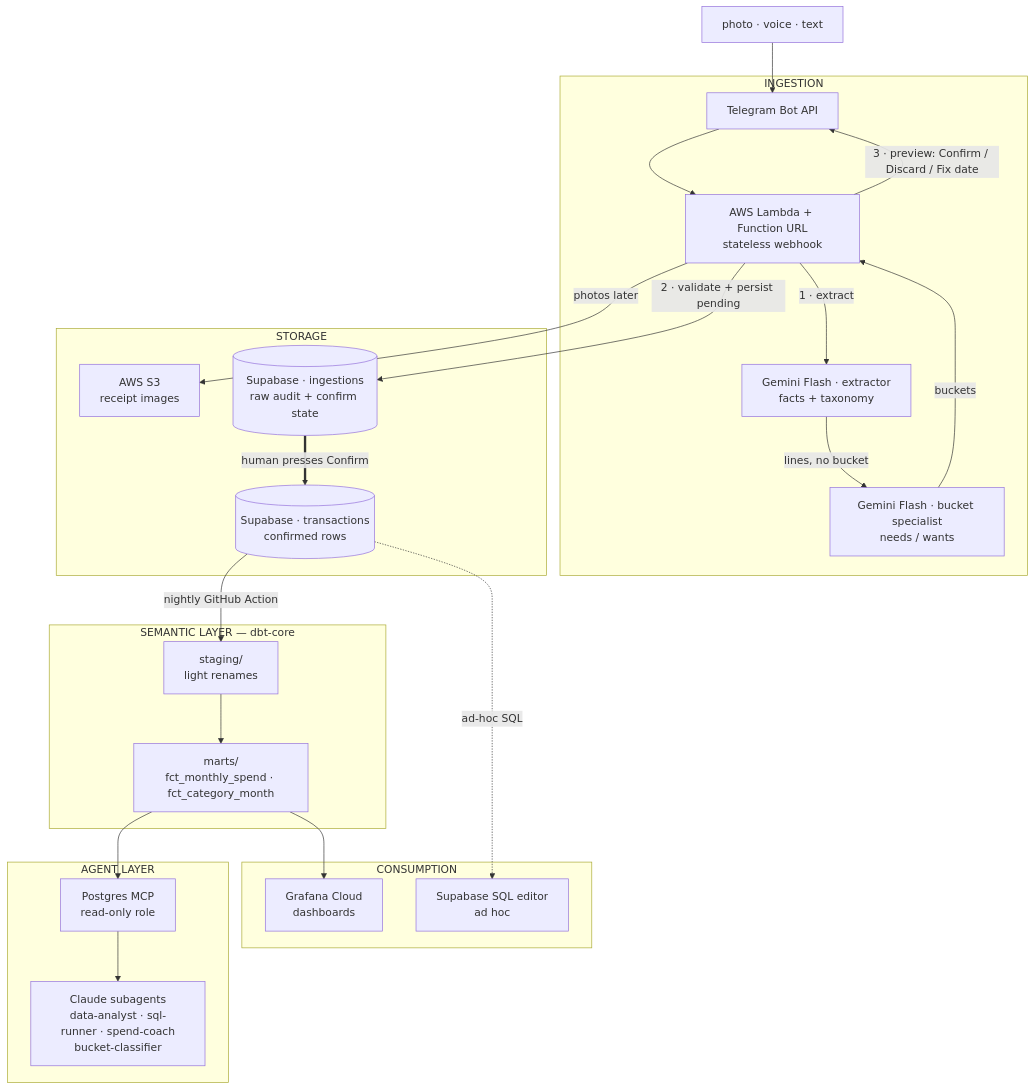
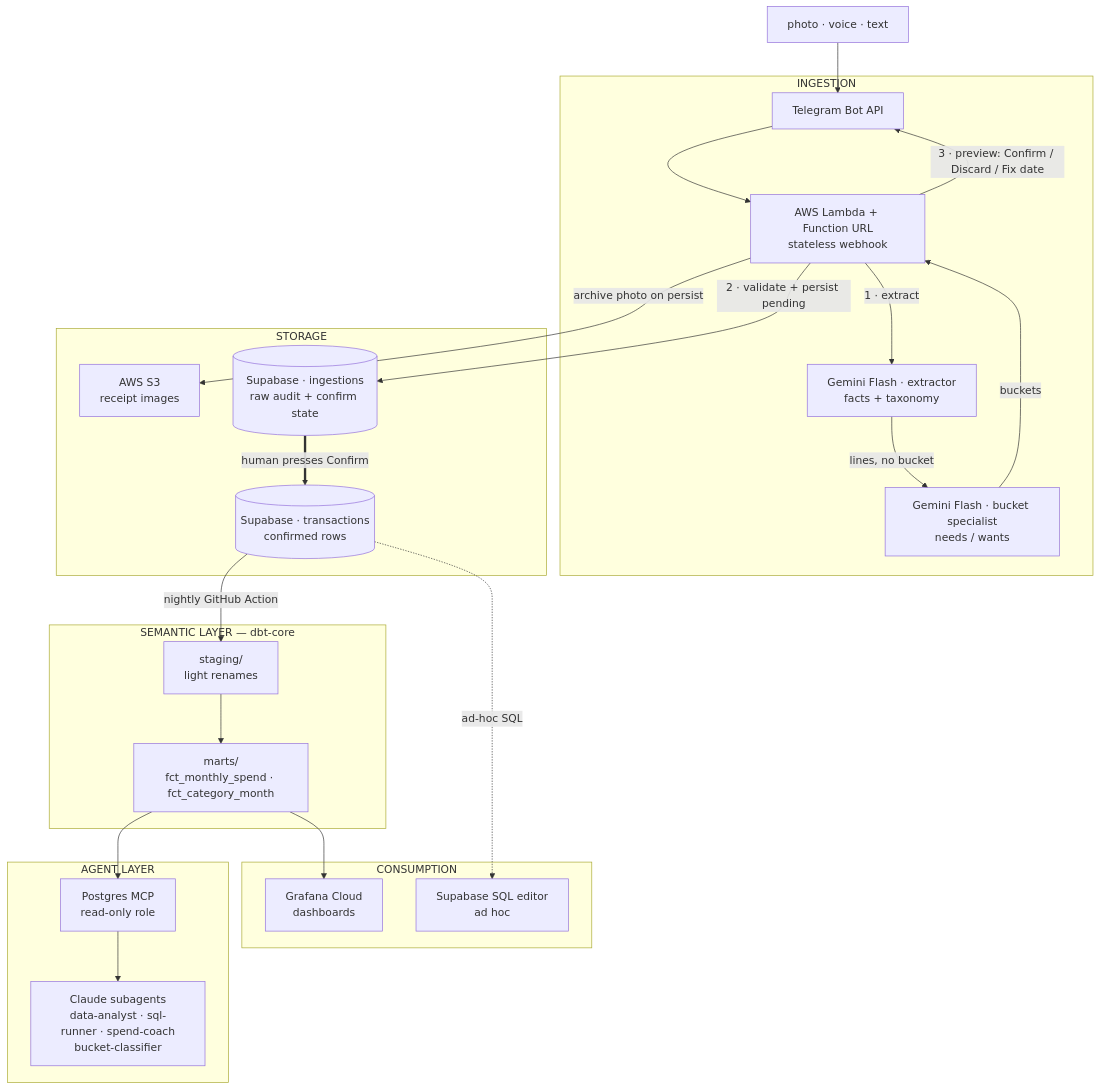
The diagram in docs/ARCHITECTURE.md (rafachan3/finflow), drawn with Mermaid before and after one commit. The commit also changed other lines of this file and 3 other files, not shown here.

````diff
--- a/docs/ARCHITECTURE.md
+++ b/docs/ARCHITECTURE.md
@@ -5,47 +5,47 @@
 ```mermaid
 flowchart TD
     SRC["photo · voice · text"]
 
     subgraph ING["INGESTION"]
         TG["Telegram Bot API"]
         LM["AWS Lambda + Function URL<br/>stateless webhook"]
         EX["Gemini Flash · extractor<br/>facts + taxonomy"]
         BK["Gemini Flash · bucket specialist<br/>needs / wants"]
     end
 
     subgraph STO["STORAGE"]
         S3["AWS S3<br/>receipt images"]
         RAW[("Supabase · ingestions<br/>raw audit + confirm state")]
         TX[("Supabase · transactions<br/>confirmed rows")]
     end
 
     subgraph SEM["SEMANTIC LAYER — dbt-core"]
         STG["staging/<br/>light renames"]
         MRT["marts/<br/>fct_monthly_spend · fct_category_month"]
     end
 
     subgraph OUT["CONSUMPTION"]
         GRF["Grafana Cloud<br/>dashboards"]
         SQL["Supabase SQL editor<br/>ad hoc"]
     end
 
     subgraph AGT["AGENT LAYER"]
         MCP["Postgres MCP<br/>read-only role"]
         SUB["Claude subagents<br/>data-analyst · sql-runner · spend-coach<br/>bucket-classifier"]
     end
 
     SRC --> TG --> LM
     LM -->|"1 · extract"| EX
     EX -->|"lines, no bucket"| BK
     BK -->|"buckets"| LM
     LM -->|"2 · validate + persist pending"| RAW
-    LM -->|"photos later"| S3
+    LM -->|"archive photo on persist"| S3
     LM -->|"3 · preview: Confirm / Discard / Fix date"| TG
     RAW ==>|"human presses Confirm"| TX
     TX -->|"nightly GitHub Action"| STG
     STG --> MRT
     MRT --> GRF
     MRT --> MCP
     MCP --> SUB
     TX -.->|"ad-hoc SQL"| SQL
 ```
````
